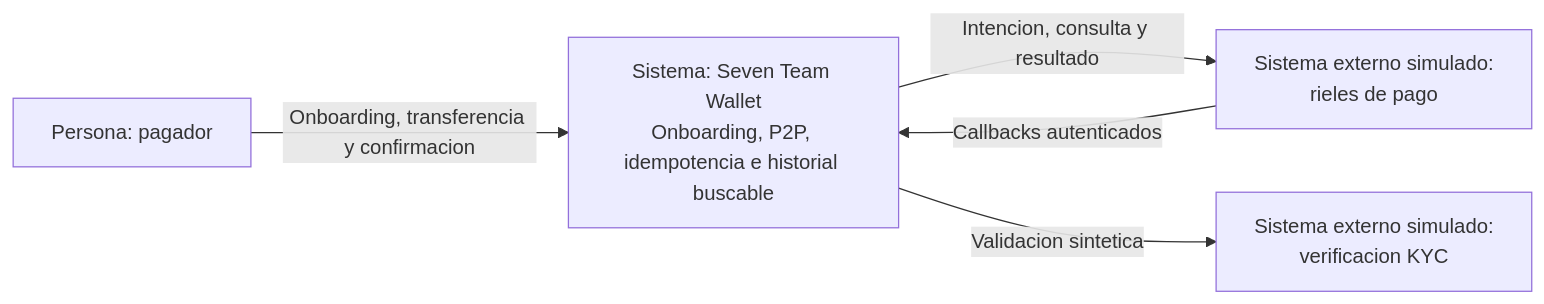
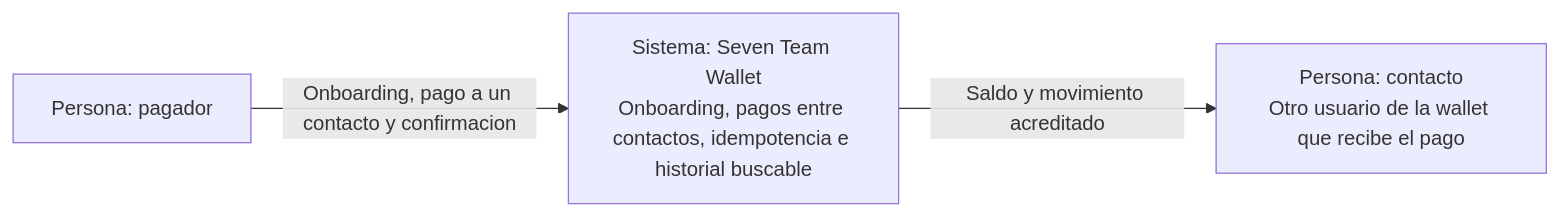
One commit to GianCalderon/feature-wallet-mvp changed the first of 3 diagrams in architecture/c4/README.md. Above: the diagram before and after it, drawn with Mermaid. The commit also changed other lines of this file and 62 other files, not shown here.

````diff
--- a/architecture/c4/README.md
+++ b/architecture/c4/README.md
@@ -12,11 +12,8 @@
 ```mermaid
 flowchart LR
     payer["Persona: pagador"]
-    wallet["Sistema: Seven Team Wallet\nOnboarding, P2P, idempotencia e historial buscable"]
-    rail["Sistema externo simulado:\nrieles de pago"]
-    kyc["Sistema externo simulado:\nverificacion KYC"]
-    payer -->|"Onboarding, transferencia y confirmacion"| wallet
-    wallet -->|"Intencion, consulta y resultado"| rail
-    rail -->|"Callbacks autenticados"| wallet
-    wallet -->|"Validacion sintetica"| kyc
+    contact["Persona: contacto\nOtro usuario de la wallet que recibe el pago"]
+    wallet["Sistema: Seven Team Wallet\nOnboarding, pagos entre contactos, idempotencia e historial buscable"]
+    payer -->|"Onboarding, pago a un contacto y confirmacion"| wallet
+    wallet -->|"Saldo y movimiento acreditado"| contact
 ```
````
